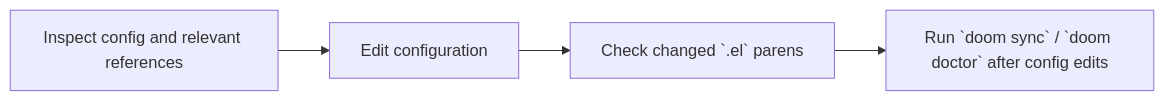
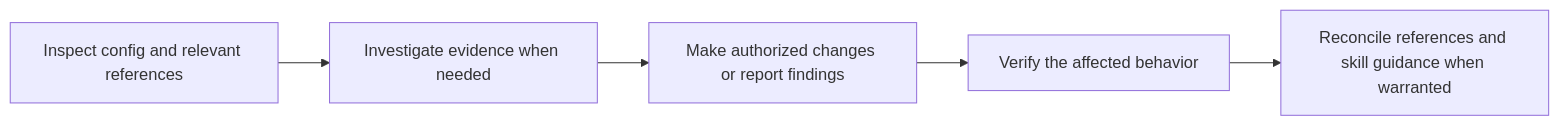
One commit to CodeSigils/hermes-doom-config changed the diagram in README.md. Above: the diagram before and after it, drawn with Mermaid. The commit also changed 6 other files, not shown here.

Commit message:
Clarify Doom research and guidance workflow

````diff
--- a/README.md
+++ b/README.md
@@ -55,6 +55,7 @@
 ```mermaid
 flowchart LR
-  Inspect[Inspect config and relevant references] --> Edit[Edit configuration]
-  Edit --> Parens["Check changed `.el` parens"]
-  Parens --> Verify["Run `doom sync` / `doom doctor` after config edits"]
+  Inspect[Inspect config and relevant references] --> Evidence[Investigate evidence when needed]
+  Evidence --> Work[Make authorized changes or report findings]
+  Work --> Verify[Verify the affected behavior]
+  Verify --> Reconcile[Reconcile references and skill guidance when warranted]
 ```
````
